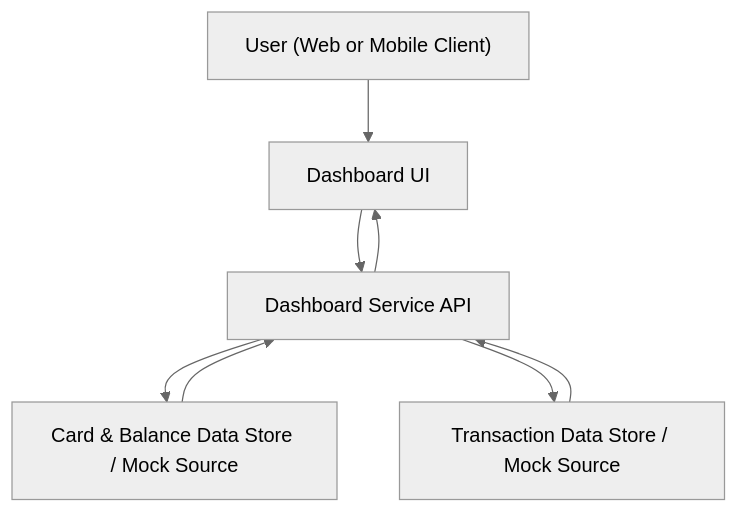
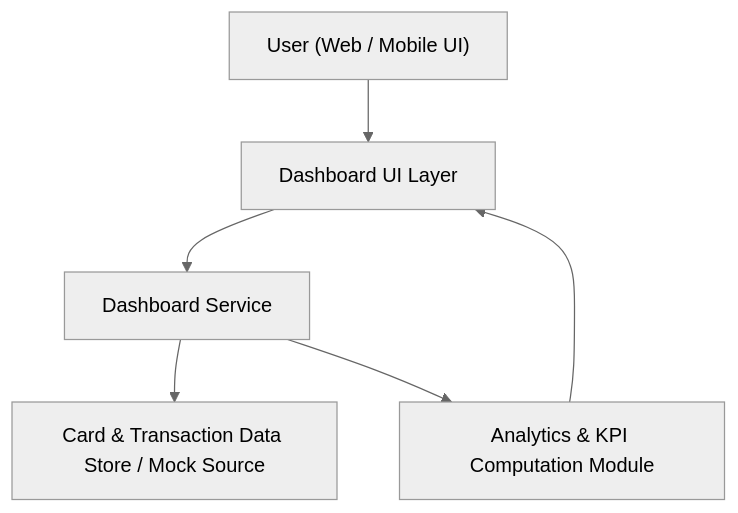
Before and after one commit to Davamani-git/APB_Demo: the diagram in HLD/QE-4808_HLD.md, drawn with Mermaid (neutral theme). The commit also changed other lines of this file, not shown here.

````diff
--- a/HLD/QE-4808_HLD.md
+++ b/HLD/QE-4808_HLD.md
@@ -5,16 +6,14 @@
 ```mermaid
 flowchart TD
-    U["User (Web or Mobile Client)"]
-    UI["Dashboard UI"]
-    API["Dashboard Service API"]
-    CD["Card & Balance Data Store / Mock Source"]
-    TD["Transaction Data Store / Mock Source"]
+    U["User (Web / Mobile UI)"]
+    D["Dashboard UI Layer"]
+    S["Dashboard Service"]
+    C["Card & Transaction Data Store / Mock Source"]
+    A["Analytics & KPI Computation Module"]
 
-    U --> UI
-    UI --> API
-    API --> CD
-    API --> TD
-    CD --> API
-    TD --> API
-    API --> UI
+    U --> D
+    D --> S
+    S --> C
+    S --> A
+    A --> D
 ```
````
